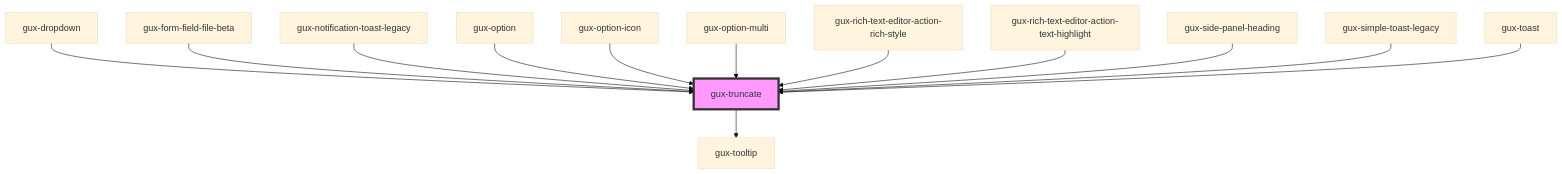
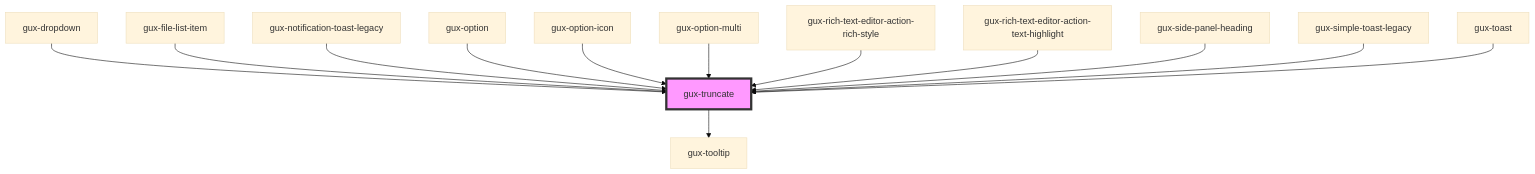
Before and after one commit to MyPureCloud/genesys-spark: the diagram in packages/genesys-spark-components/src/components/stable/gux-truncate/readme.md, drawn with Mermaid (base theme). The commit also changed other lines of this file and 22 other files, not shown here.

First line of the commit message:
chore(form-field-file-beta): addressed PR comments

````diff
--- a/packages/genesys-spark-components/src/components/stable/gux-truncate/readme.md
+++ b/packages/genesys-spark-components/src/components/stable/gux-truncate/readme.md
@@ -66,16 +66,16 @@
 ```mermaid
 graph TD;
   gux-truncate --> gux-tooltip
   gux-dropdown --> gux-truncate
-  gux-form-field-file-beta --> gux-truncate
+  gux-file-list-item --> gux-truncate
   gux-notification-toast-legacy --> gux-truncate
   gux-option --> gux-truncate
   gux-option-icon --> gux-truncate
   gux-option-multi --> gux-truncate
   gux-rich-text-editor-action-rich-style --> gux-truncate
   gux-rich-text-editor-action-text-highlight --> gux-truncate
   gux-side-panel-heading --> gux-truncate
   gux-simple-toast-legacy --> gux-truncate
   gux-toast --> gux-truncate
   style gux-truncate fill:#f9f,stroke:#333,stroke-width:4px
 ```
````
